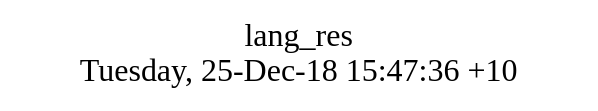
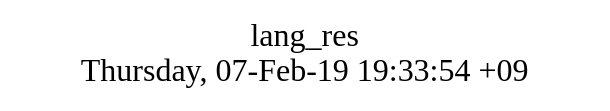
One commit to AplaProject/apps changed the diagram in src/lang_res/struct.dot. Above: the diagram before and after it, drawn with Graphviz. The commit also changed 21 other files, not shown here.

```diff
--- a/src/lang_res/struct.dot
+++ b/src/lang_res/struct.dot
@@ -1,8 +1,8 @@
 digraph G {
 fontsize="24";
-label="lang_res\nTuesday, 25-Dec-18 15:47:36 +10";
+label="lang_res\nThursday, 07-Feb-19 19:33:54 +09";
 nojustify=true;
 ordering=out;
 rankdir=LR;
 size="30";
 }
```
